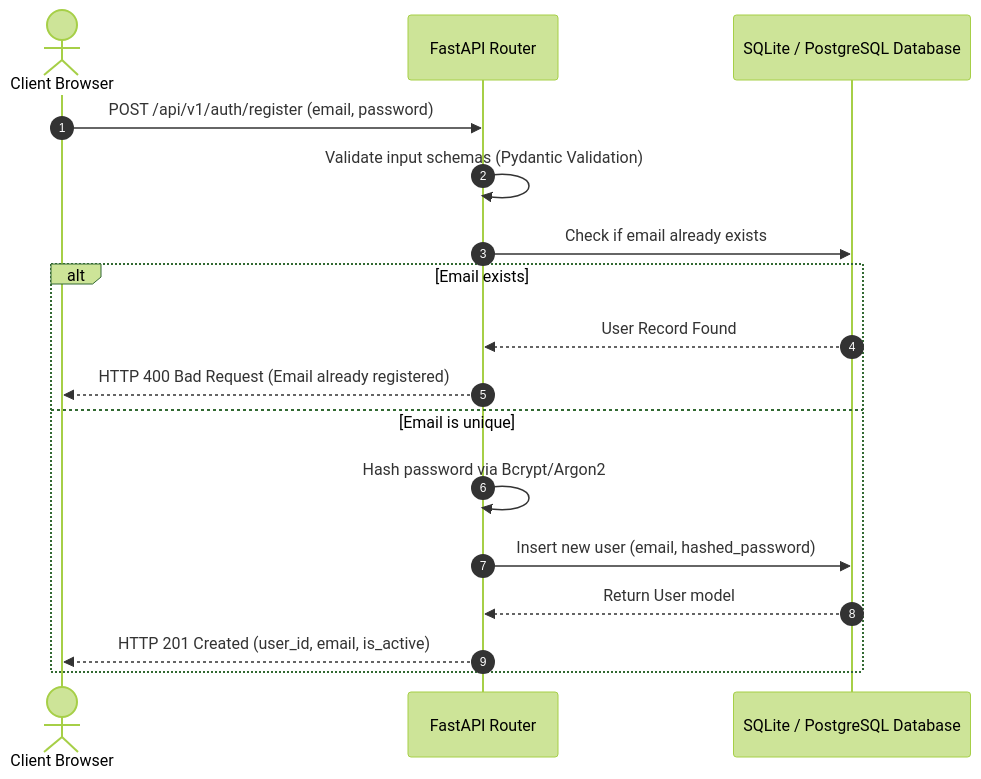
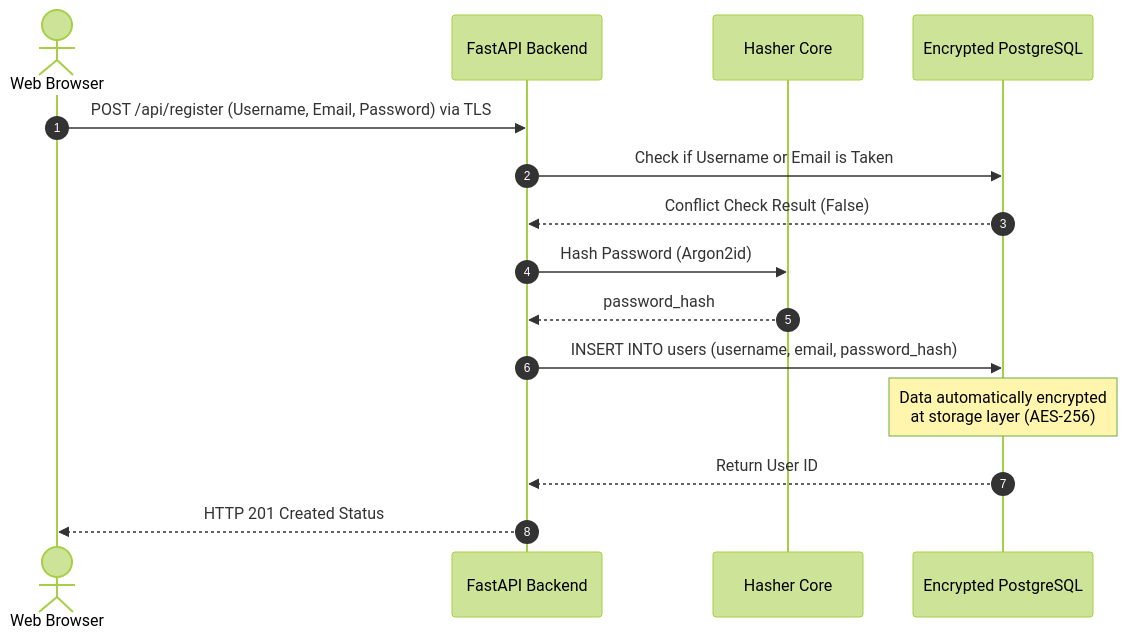
Before and after one commit to sskarz/Google-IO-Hackathon-2026: the second of 3 diagrams in DESIGN.md, drawn with Mermaid (forest theme). The commit also changed other lines of this file and 23 other files, not shown here.

````diff
--- a/DESIGN.md
+++ b/DESIGN.md
@@ -62,20 +83,18 @@
 ```mermaid
 sequenceDiagram
     autonumber
-    actor User as Client Browser
-    participant API as FastAPI Router
-    participant DB as SQLite / PostgreSQL Database
+    actor User as Web Browser
+    participant API as FastAPI Backend
+    participant Crypto as Hasher Core
+    participant DB as Encrypted PostgreSQL
     
-    User->>API: POST /api/v1/auth/register (email, password)
-    API->>API: Validate input schemas (Pydantic Validation)
-    API->>DB: Check if email already exists
-    alt Email exists
-        DB-->>API: User Record Found
-        API-->>User: HTTP 400 Bad Request (Email already registered)
-    else Email is unique
-        API->>API: Hash password via Bcrypt/Argon2
-        API->>DB: Insert new user (email, hashed_password)
-        DB-->>API: Return User model
-        API-->>User: HTTP 201 Created (user_id, email, is_active)
-    end
+    User->>API: POST /api/register (Username, Email, Password) via TLS
+    API->>DB: Check if Username or Email is Taken
+    DB-->>API: Conflict Check Result (False)
+    API->>Crypto: Hash Password (Argon2id)
+    Crypto-->>API: password_hash
+    API->>DB: INSERT INTO users (username, email, password_hash)
+    Note over DB: Data automatically encrypted<br/>at storage layer (AES-256)
+    DB-->>API: Return User ID
+    API-->>User: HTTP 201 Created Status
 ```
````
